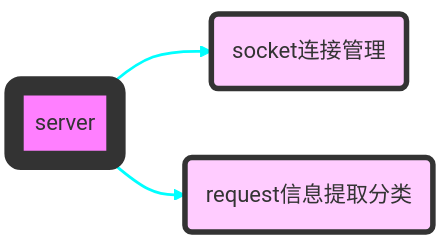
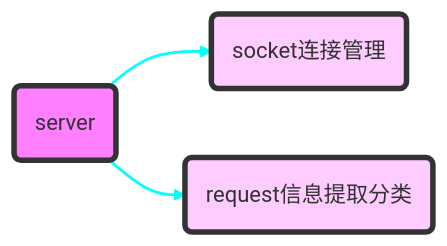
One commit to uestclab/DevelopDoc changed the fourth of 10 diagrams in gw_web/gw_web开发文档.md. Above: the diagram before and after it, drawn with Mermaid. The commit also changed other lines of this file and 1 other file, not shown here.

````diff
--- a/gw_web/gw_web开发文档.md
+++ b/gw_web/gw_web开发文档.md
@@ -122,10 +123,10 @@
 ```mermaid
   graph LR
     id1(server)-->id2(socket连接管理)
     id1(server)-->id3(request信息提取分类)
-    style id1 fill:#f0f,stroke:#333,stroke-width:14px,fill-opacity:0.5
+    style id1 fill:#f0f,stroke:#333,stroke-width:4px,fill-opacity:0.5
     style id2 fill:#f9f,stroke:#333,stroke-width:4px,fill-opacity:0.5
     style id3 fill:#f9f,stroke:#333,stroke-width:4px,fill-opacity:0.5
     linkStyle 0 stroke:#0ff,stroke-width:2px;
     linkStyle 1 stroke:#0ff,stroke-width:2px;
 ```
````
